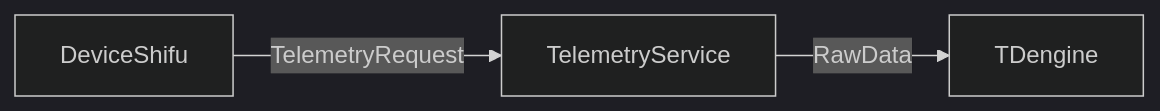
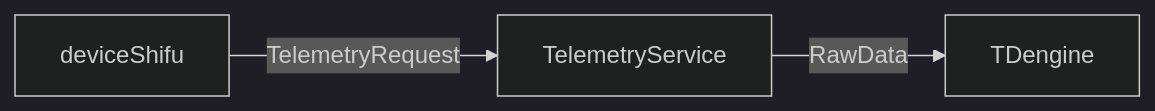
The diagram in docs/design/shifu-framework/telemetry-service-TDEngine.md (Edgenesis/shifu), drawn with Mermaid (dark theme) before and after one commit. The commit also changed 8 other files, not shown here.

````diff
--- a/docs/design/shifu-framework/telemetry-service-TDEngine.md
+++ b/docs/design/shifu-framework/telemetry-service-TDEngine.md
@@ -58,6 +58,6 @@
 ```mermaid
 graph LR;
-DeviceShifu -->|TelemetryRequest| TelemetryService;
+deviceShifu -->|TelemetryRequest| TelemetryService;
 TelemetryService -->|RawData| TDengine;
 
 ```
````
